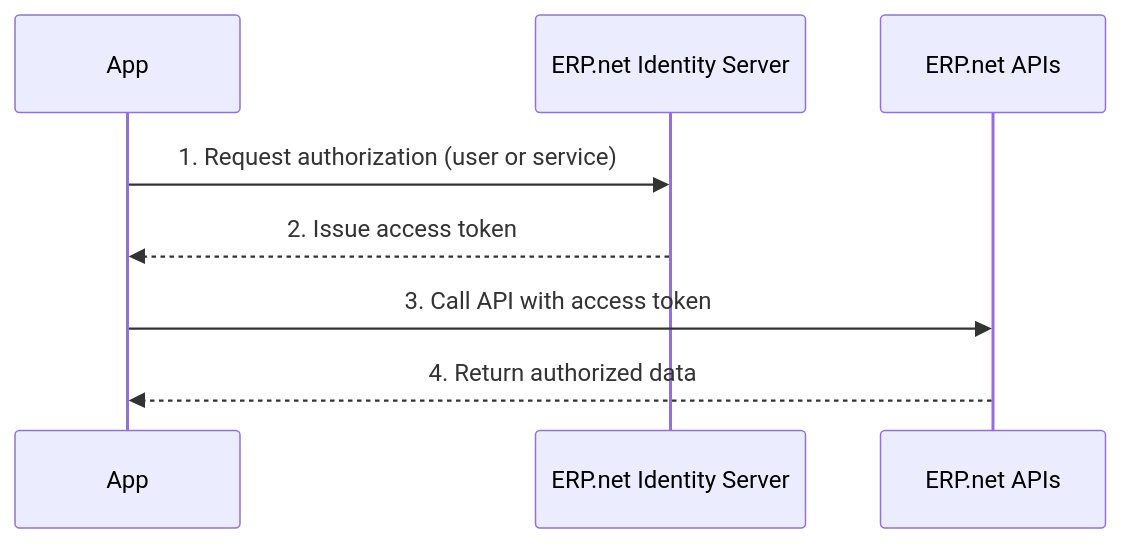
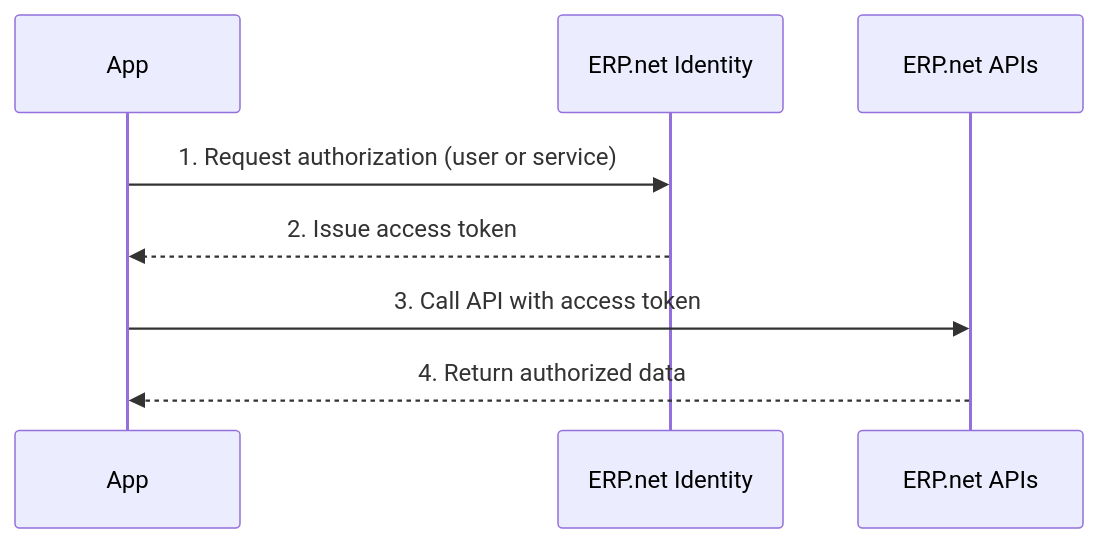
One commit to ErpNetDocs/dev changed the diagram in building-apps/auth/overview.md. Above: the diagram before and after it, drawn with Mermaid. The commit also changed other lines of this file and 119 other files, not shown here.

````diff
--- a/building-apps/auth/overview.md
+++ b/building-apps/auth/overview.md
@@ -53,11 +53,11 @@
 ```mermaid
 sequenceDiagram
     participant App
-    participant IdentityServer as ERP.net Identity Server
+    participant IdentityServer as ERP.net Identity
     participant API as ERP.net APIs
 
     App->>IdentityServer: 1. Request authorization (user or service)
     IdentityServer-->>App: 2. Issue access token
     App->>API: 3. Call API with access token
     API-->>App: 4. Return authorized data
 ```
````
